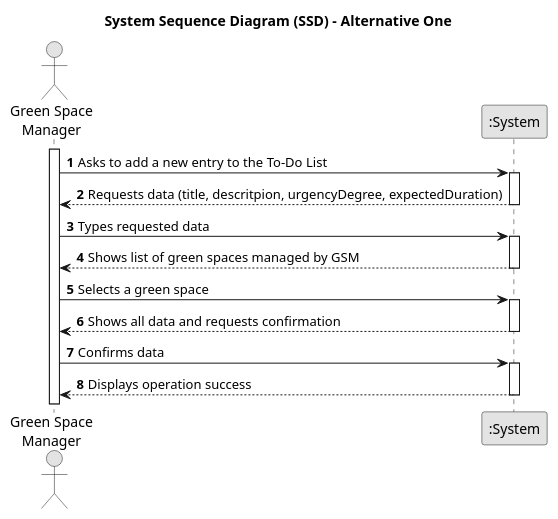
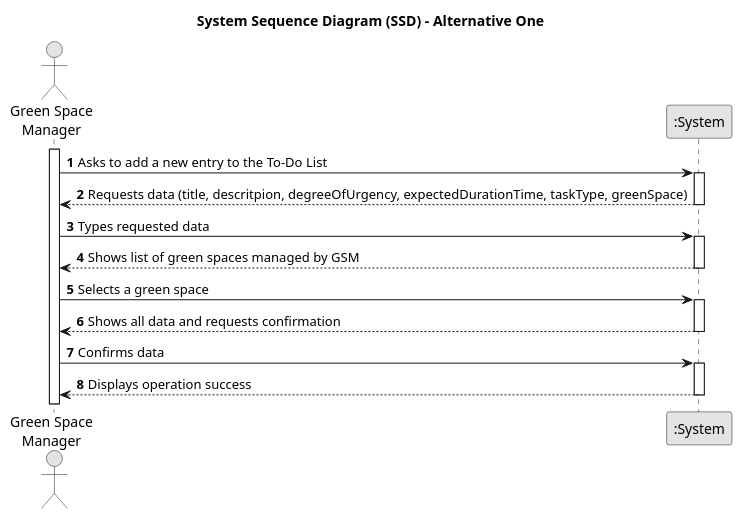
One commit to daniel41silva05/ISEP_2023_2024_LAPR2 changed the diagram in docs/sprintA&B&C/us021/01.requirements-engineering/puml/us021-system-sequence-diagram-alternative-one.puml. Above: the diagram before and after it, drawn with PlantUML. The commit also changed 3 other files, not shown here.

```diff
--- a/docs/sprintA&B&C/us021/01.requirements-engineering/puml/us021-system-sequence-diagram-alternative-one.puml
+++ b/docs/sprintA&B&C/us021/01.requirements-engineering/puml/us021-system-sequence-diagram-alternative-one.puml
@@ -1,39 +1,39 @@
 @startuml
 skinparam monochrome true
 skinparam packageStyle rectangle
 skinparam shadowing false
 
 title System Sequence Diagram (SSD) - Alternative One
 
 autonumber
 
 actor "Green Space\nManager" as GSM
 participant ":System" as System
 
 activate GSM
 
     GSM -> System : Asks to add a new entry to the To-Do List
     activate System
 
-        System --> GSM : Requests data (title, descritpion, urgencyDegree, expectedDuration)
+        System --> GSM : Requests data (title, descritpion, degreeOfUrgency, expectedDurationTime, taskType, greenSpace)
     deactivate System
 
     GSM -> System : Types requested data
     activate System
 
         System --> GSM : Shows list of green spaces managed by GSM
     deactivate System
 
     GSM -> System : Selects a green space
     activate System
 
         System --> GSM : Shows all data and requests confirmation
     deactivate System
 
     GSM -> System : Confirms data
     activate System
 
         System --> GSM : Displays operation success
     deactivate System
 
 @enduml
```
